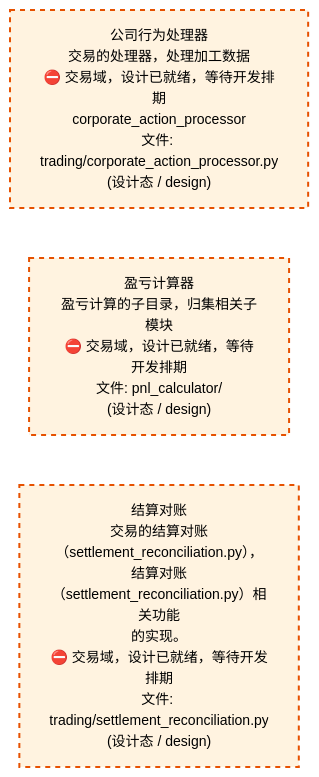
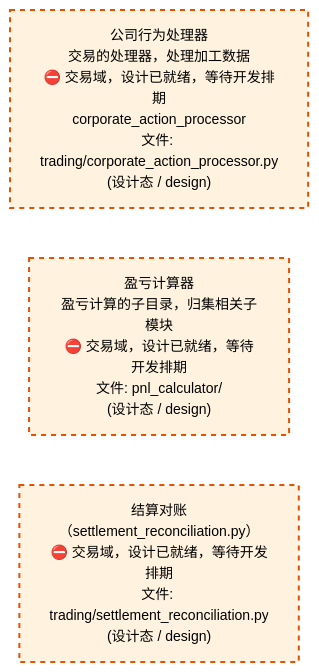
The third of 4 diagrams in docs/02_enterprise_architecture/02_domain_architecture_docs/72_d_trading.md (xuanFelixVan/ZephyrAlpha), drawn with Mermaid before and after one commit. The commit also changed other lines of this file and 41 other files, not shown here.

````diff
--- a/docs/02_enterprise_architecture/02_domain_architecture_docs/72_d_trading.md
+++ b/docs/02_enterprise_architecture/02_domain_architecture_docs/72_d_trading.md
@@ -297,14 +297,14 @@
 ```mermaid
 %%{init: {'theme': 'base', 'themeVariables': {'primaryColor': '#eaeaea', 'primaryTextColor': '#333333', 'primaryBorderColor': '#666666', 'lineColor': '#666666', 'secondaryColor': '#eaeaea', 'tertiaryColor': '#eaeaea', 'fontSize': '14px'}}}%%
 flowchart TD
     src_zephyr_trading_corporate_action_processor_py["公司行为处理器<br/>交易的处理器，处理加工数据<br/>⛔ 交易域，设计已就绪，等待开发排期<br/>corporate_action_processor<br/>文件: trading/corporate_action_processor.py<br/>(设计态 / design)"]
     src_zephyr_trading_pnl_calculator["盈亏计算器<br/>盈亏计算的子目录，归集相关子模块<br/>⛔ 交易域，设计已就绪，等待开发排期<br/>文件: pnl_calculator/<br/>(设计态 / design)"]
-    src_zephyr_trading_settlement_reconciliation_py["结算对账<br/>交易的结算对账（settlement_reconciliation.py），<br/>结算对账（settlement_reconciliation.py）相关功能<br/>的实现。<br/>⛔ 交易域，设计已就绪，等待开发排期<br/>文件: trading/settlement_reconciliation.py<br/>(设计态 / design)"]
+    src_zephyr_trading_settlement_reconciliation_py["结算对账<br/>（settlement_reconciliation.py）<br/>⛔ 交易域，设计已就绪，等待开发排期<br/>文件: trading/settlement_reconciliation.py<br/>(设计态 / design)"]
     src_zephyr_trading_corporate_action_processor_py ~~~ src_zephyr_trading_pnl_calculator
     src_zephyr_trading_pnl_calculator ~~~ src_zephyr_trading_settlement_reconciliation_py
     classDef production fill:#e1f5fe,stroke:#01579b,stroke-width:2px,color:#000
     classDef design fill:#fff3e0,stroke:#e65100,stroke-width:2px,color:#000,stroke-dasharray: 5 5
     classDef external_prod fill:#e8f4fd,stroke:#0277bd,stroke-width:1px,color:#000
     classDef external_design fill:#fff8e7,stroke:#ef6c00,stroke-width:1px,color:#000,stroke-dasharray: 5 5
     class src_zephyr_trading_corporate_action_processor_py,src_zephyr_trading_pnl_calculator,src_zephyr_trading_settlement_reconciliation_py design
 ```
````
